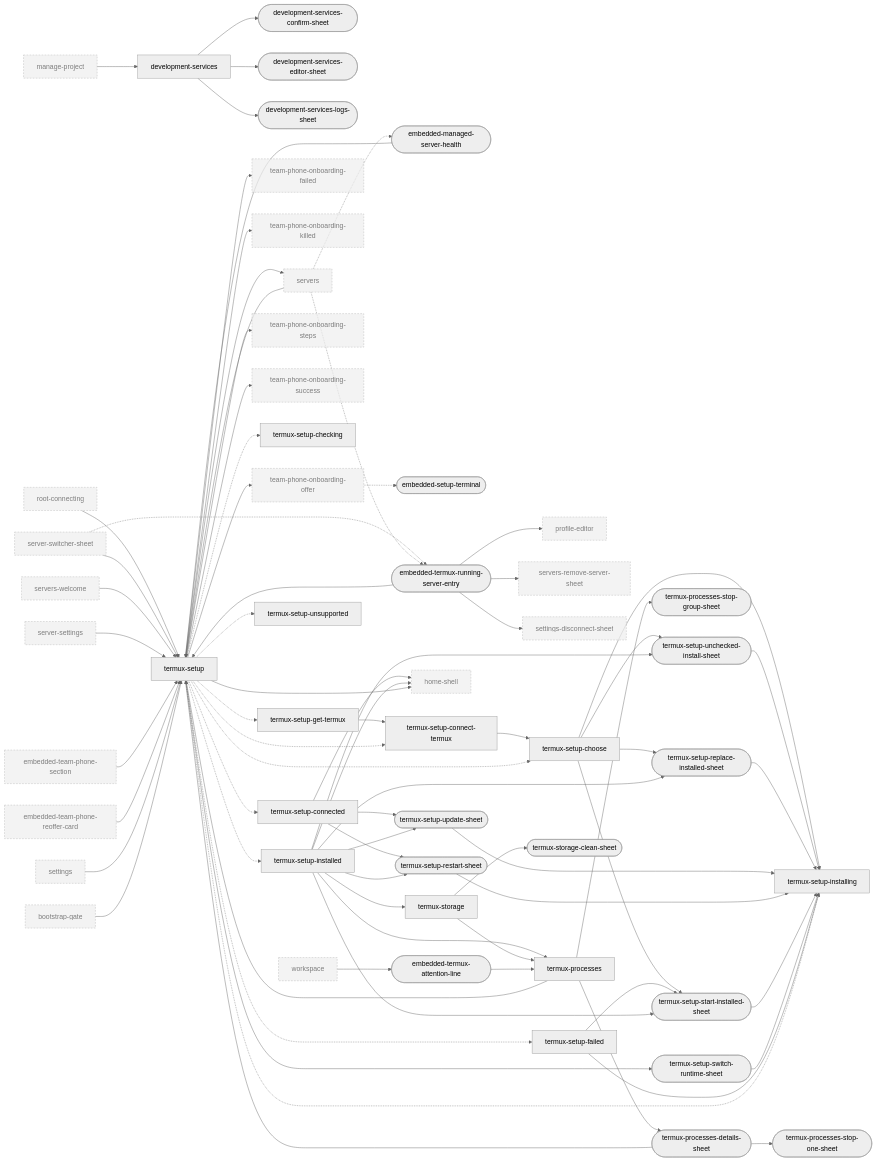
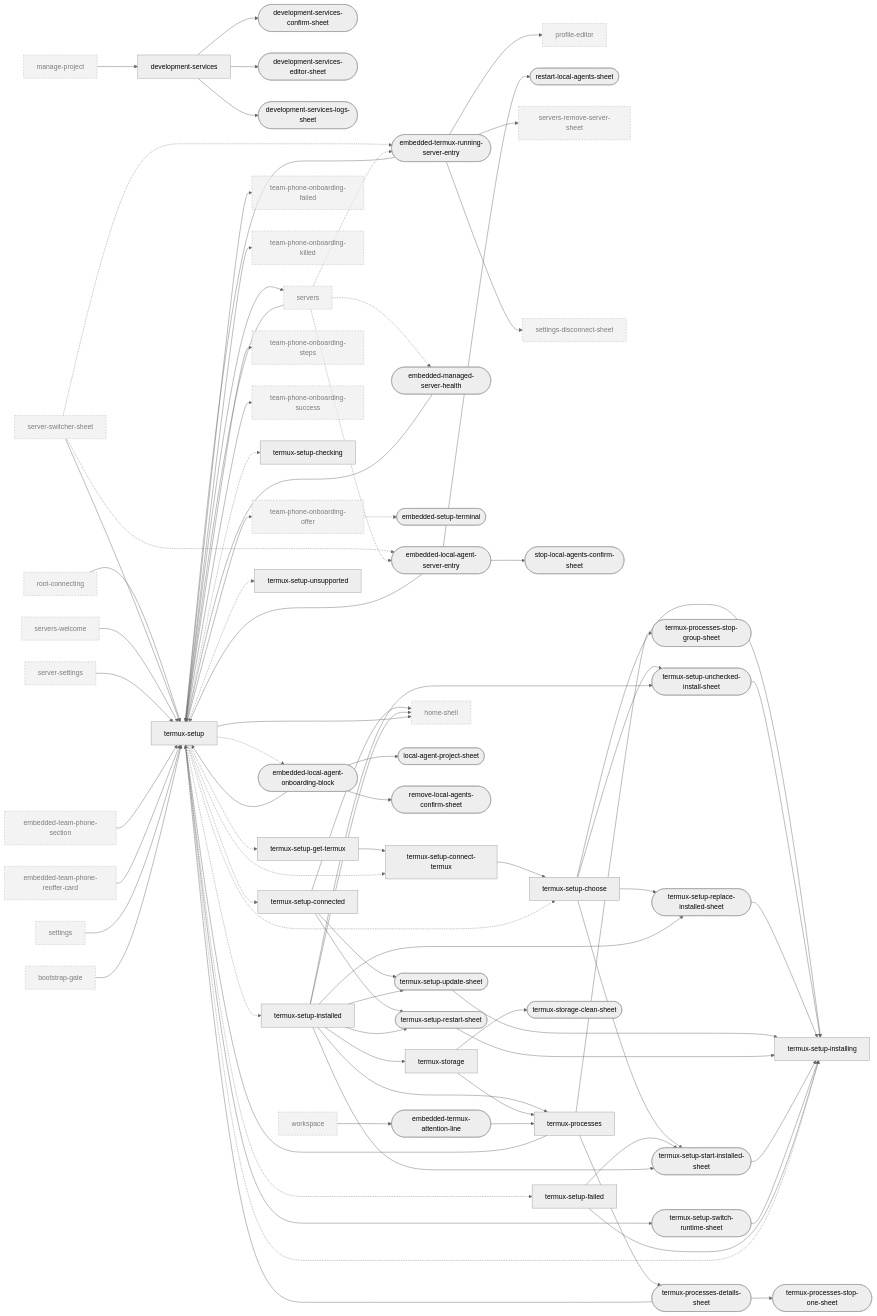
The sixth of 10 diagrams in docs/design/ui-ledger/navigation.md (Breskott/opencode-mobile-next), drawn with Mermaid (neutral theme) before and after one commit. The commit also changed other lines of this file and 6 other files, not shown here.

```diff
--- a/docs/design/ui-ledger/navigation.md
+++ b/docs/design/ui-ledger/navigation.md
@@ -796,6 +800,8 @@
   development_services_confirm_sheet(["development-services-confirm-sheet"])
   development_services_editor_sheet(["development-services-editor-sheet"])
   development_services_logs_sheet(["development-services-logs-sheet"])
+  embedded_local_agent_onboarding_block(["embedded-local-agent-onboarding-block"])
+  embedded_local_agent_server_entry(["embedded-local-agent-server-entry"])
   embedded_managed_server_health(["embedded-managed-server-health"])
   embedded_setup_terminal(["embedded-setup-terminal"])
   embedded_team_phone_reoffer_card["embedded-team-phone-reoffer-card"]:::ext
@@ -803,8 +809,11 @@
   embedded_termux_attention_line(["embedded-termux-attention-line"])
   embedded_termux_running_server_entry(["embedded-termux-running-server-entry"])
   home_shell["home-shell"]:::ext
+  local_agent_project_sheet(["local-agent-project-sheet"])
   manage_project["manage-project"]:::ext
   profile_editor["profile-editor"]:::ext
+  remove_local_agents_confirm_sheet(["remove-local-agents-confirm-sheet"])
+  restart_local_agents_sheet(["restart-local-agents-sheet"])
   root_connecting["root-connecting"]:::ext
   server_settings["server-settings"]:::ext
   server_switcher_sheet["server-switcher-sheet"]:::ext
@@ -813,6 +822,7 @@
   servers_welcome["servers-welcome"]:::ext
   settings["settings"]:::ext
   settings_disconnect_sheet["settings-disconnect-sheet"]:::ext
+  stop_local_agents_confirm_sheet(["stop-local-agents-confirm-sheet"])
   team_phone_onboarding_failed["team-phone-onboarding-failed"]:::ext
   team_phone_onboarding_killed["team-phone-onboarding-killed"]:::ext
   team_phone_onboarding_offer["team-phone-onboarding-offer"]:::ext
@@ -878,6 +888,12 @@
   embedded_termux_running_server_entry --> servers_remove_server_sheet
   embedded_managed_server_health --> termux_setup
   embedded_termux_attention_line --> termux_processes
+  embedded_local_agent_onboarding_block --> termux_setup
+  embedded_local_agent_onboarding_block --> remove_local_agents_confirm_sheet
+  embedded_local_agent_onboarding_block --> local_agent_project_sheet
+  embedded_local_agent_server_entry --> restart_local_agents_sheet
+  embedded_local_agent_server_entry --> stop_local_agents_confirm_sheet
+  embedded_local_agent_server_entry --> termux_setup
   embedded_team_phone_section --> termux_setup
   embedded_team_phone_reoffer_card --> termux_setup
   settings --> termux_setup
@@ -909,6 +925,9 @@
   servers -.-> embedded_termux_running_server_entry
   servers -.-> embedded_managed_server_health
   team_phone_onboarding_offer -.-> embedded_setup_terminal
+  termux_setup -.-> embedded_local_agent_onboarding_block
+  server_switcher_sheet -.-> embedded_local_agent_server_entry
+  servers -.-> embedded_local_agent_server_entry
   termux_setup --> team_phone_onboarding_offer
   termux_setup --> team_phone_onboarding_steps
   termux_setup --> team_phone_onboarding_success
```
